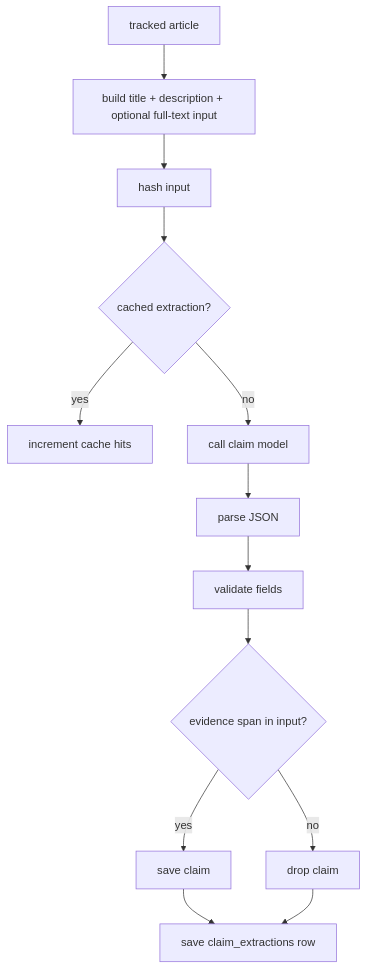
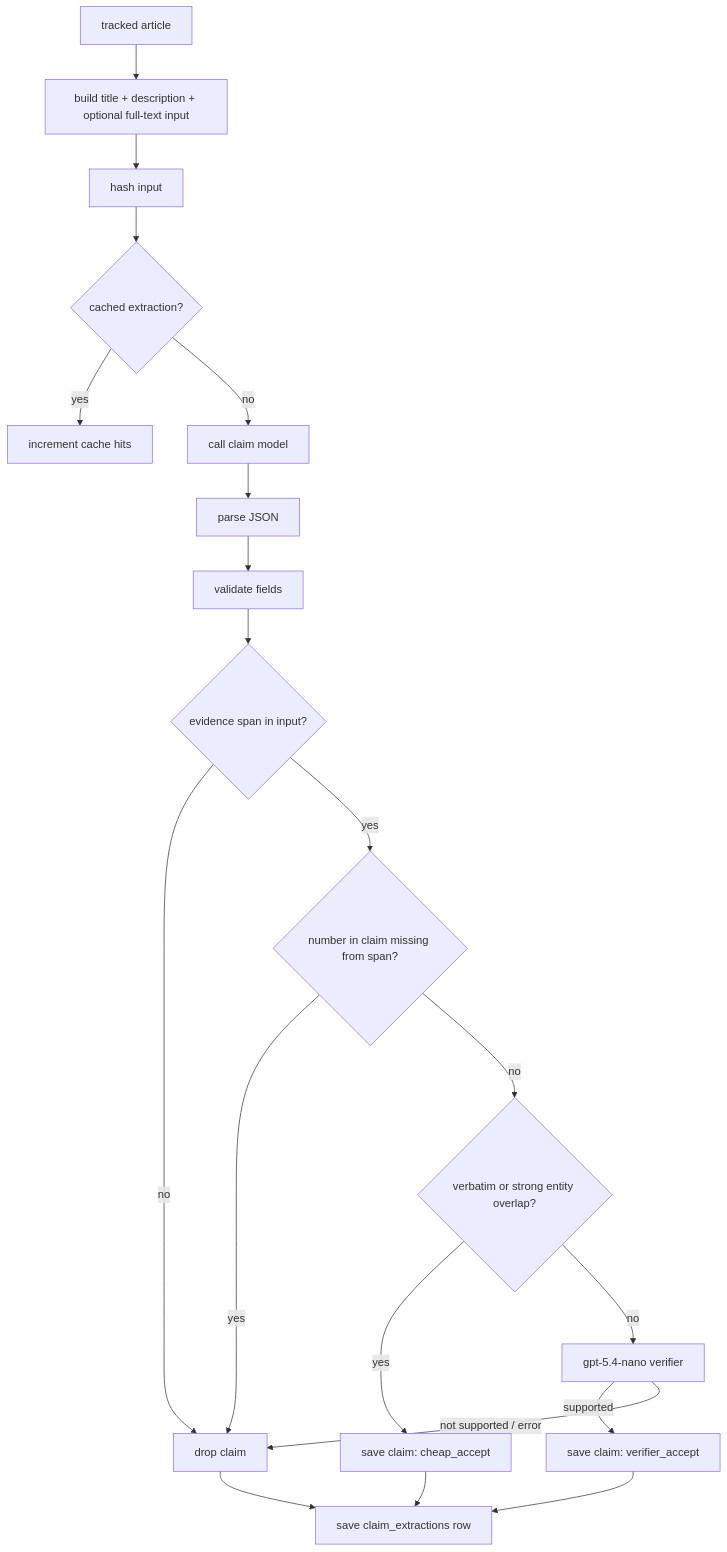
Before and after one commit to MecGlandorff/News: the fourth of 5 diagrams in docs/how-it-works.md, drawn with Mermaid. The commit also changed other lines of this file and 25 other files, not shown here.

````diff
--- a/docs/how-it-works.md
+++ b/docs/how-it-works.md
@@ -280,15 +291,22 @@
 ```mermaid
 flowchart TD
     A[tracked article] --> B[build title + description + optional full-text input]
     B --> C[hash input]
     C --> D{cached extraction?}
     D -- yes --> E[increment cache hits]
     D -- no --> F[call claim model]
     F --> G[parse JSON]
     G --> H[validate fields]
     H --> I{evidence span in input?}
-    I -- yes --> J[save claim]
     I -- no --> K[drop claim]
+    I -- yes --> M{number in claim missing from span?}
+    M -- yes --> K
+    M -- no --> N{verbatim or strong entity overlap?}
+    N -- yes --> J[save claim: cheap_accept]
+    N -- no --> O[gpt-5.4-nano verifier]
+    O -- supported --> J2[save claim: verifier_accept]
+    O -- not supported / error --> K
     J --> L[save claim_extractions row]
+    J2 --> L
     K --> L
 ```
````
